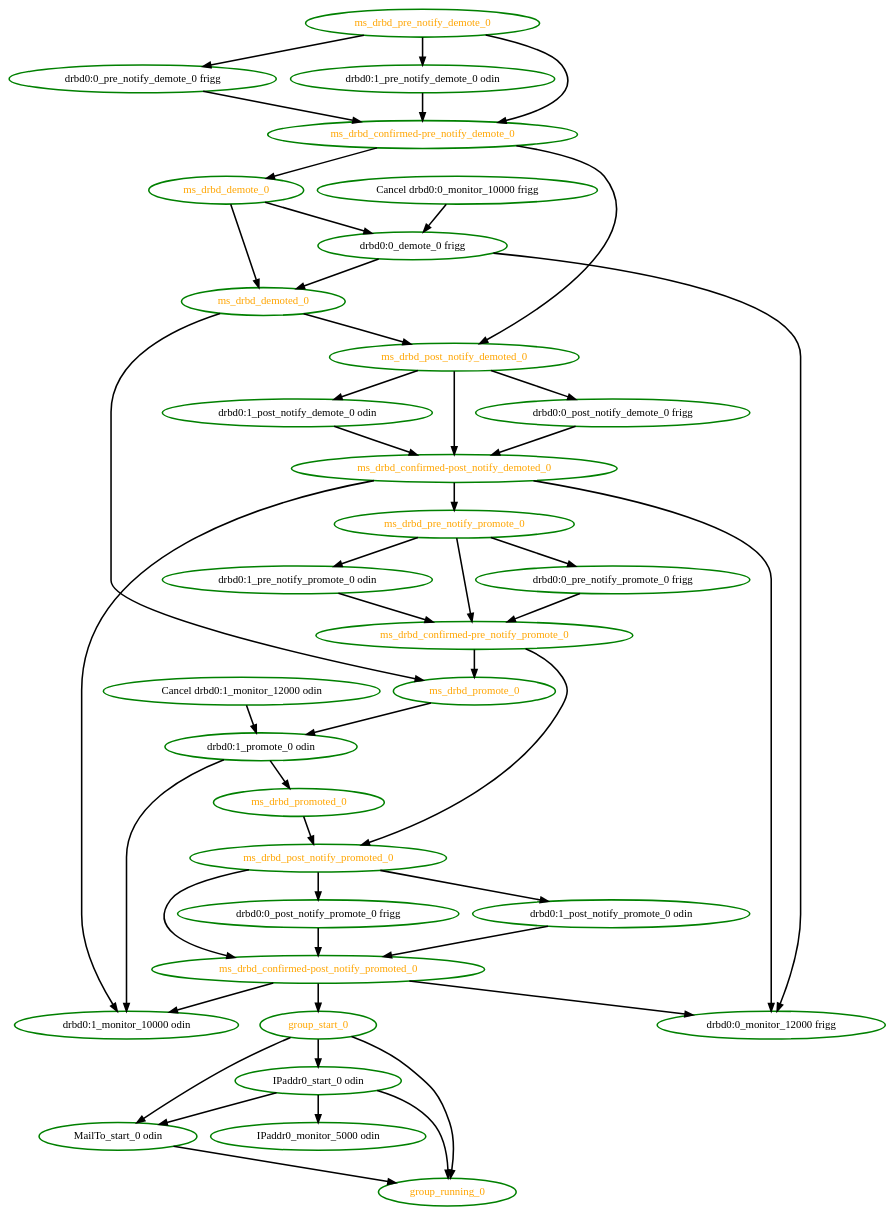
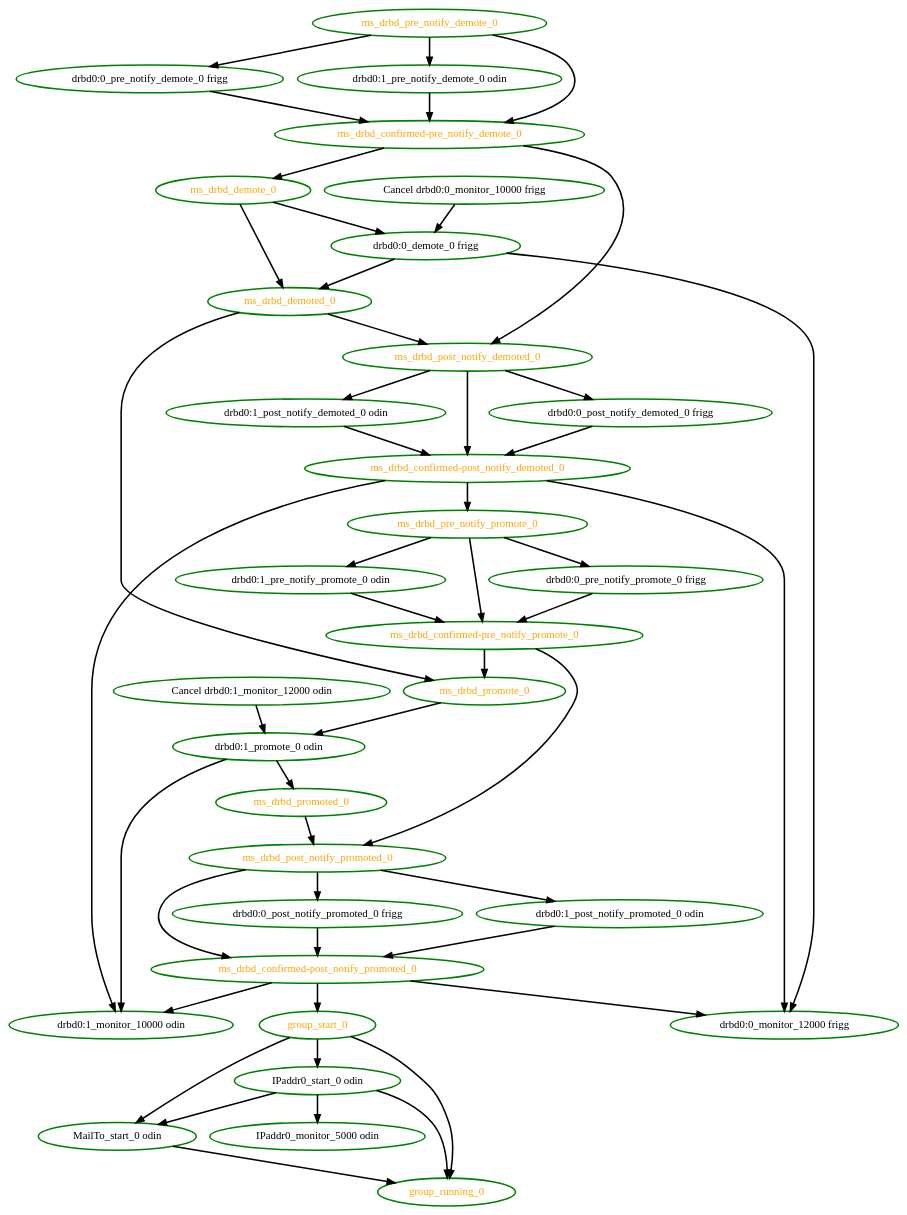
Before and after one commit to ClusterLabs/pacemaker: the diagram in pengine/test10/master-13.dot, drawn with Graphviz. The commit also changed 311 other files, not shown here.

```diff
--- a/pengine/test10/master-13.dot
+++ b/pengine/test10/master-13.dot
@@ -1,82 +1,82 @@
 digraph "g" {
 "Cancel drbd0:0_monitor_10000 frigg" -> "drbd0:0_demote_0 frigg" [ style = bold]
 "Cancel drbd0:0_monitor_10000 frigg" [ style=bold color="green" fontcolor="black" ]
 "Cancel drbd0:1_monitor_12000 odin" -> "drbd0:1_promote_0 odin" [ style = bold]
 "Cancel drbd0:1_monitor_12000 odin" [ style=bold color="green" fontcolor="black" ]
 "IPaddr0_monitor_5000 odin" [ style=bold color="green" fontcolor="black" ]
 "IPaddr0_start_0 odin" -> "IPaddr0_monitor_5000 odin" [ style = bold]
 "IPaddr0_start_0 odin" -> "MailTo_start_0 odin" [ style = bold]
 "IPaddr0_start_0 odin" -> "group_running_0" [ style = bold]
 "IPaddr0_start_0 odin" [ style=bold color="green" fontcolor="black" ]
 "MailTo_start_0 odin" -> "group_running_0" [ style = bold]
 "MailTo_start_0 odin" [ style=bold color="green" fontcolor="black" ]
 "drbd0:0_demote_0 frigg" -> "drbd0:0_monitor_12000 frigg" [ style = bold]
 "drbd0:0_demote_0 frigg" -> "ms_drbd_demoted_0" [ style = bold]
 "drbd0:0_demote_0 frigg" [ style=bold color="green" fontcolor="black" ]
 "drbd0:0_monitor_12000 frigg" [ style=bold color="green" fontcolor="black" ]
-"drbd0:0_post_notify_demote_0 frigg" -> "ms_drbd_confirmed-post_notify_demoted_0" [ style = bold]
-"drbd0:0_post_notify_demote_0 frigg" [ style=bold color="green" fontcolor="black" ]
-"drbd0:0_post_notify_promote_0 frigg" -> "ms_drbd_confirmed-post_notify_promoted_0" [ style = bold]
-"drbd0:0_post_notify_promote_0 frigg" [ style=bold color="green" fontcolor="black" ]
+"drbd0:0_post_notify_demoted_0 frigg" -> "ms_drbd_confirmed-post_notify_demoted_0" [ style = bold]
+"drbd0:0_post_notify_demoted_0 frigg" [ style=bold color="green" fontcolor="black"]
+"drbd0:0_post_notify_promoted_0 frigg" -> "ms_drbd_confirmed-post_notify_promoted_0" [ style = bold]
+"drbd0:0_post_notify_promoted_0 frigg" [ style=bold color="green" fontcolor="black"]
 "drbd0:0_pre_notify_demote_0 frigg" -> "ms_drbd_confirmed-pre_notify_demote_0" [ style = bold]
 "drbd0:0_pre_notify_demote_0 frigg" [ style=bold color="green" fontcolor="black" ]
 "drbd0:0_pre_notify_promote_0 frigg" -> "ms_drbd_confirmed-pre_notify_promote_0" [ style = bold]
 "drbd0:0_pre_notify_promote_0 frigg" [ style=bold color="green" fontcolor="black" ]
 "drbd0:1_monitor_10000 odin" [ style=bold color="green" fontcolor="black" ]
-"drbd0:1_post_notify_demote_0 odin" -> "ms_drbd_confirmed-post_notify_demoted_0" [ style = bold]
-"drbd0:1_post_notify_demote_0 odin" [ style=bold color="green" fontcolor="black" ]
-"drbd0:1_post_notify_promote_0 odin" -> "ms_drbd_confirmed-post_notify_promoted_0" [ style = bold]
-"drbd0:1_post_notify_promote_0 odin" [ style=bold color="green" fontcolor="black" ]
+"drbd0:1_post_notify_demoted_0 odin" -> "ms_drbd_confirmed-post_notify_demoted_0" [ style = bold]
+"drbd0:1_post_notify_demoted_0 odin" [ style=bold color="green" fontcolor="black"]
+"drbd0:1_post_notify_promoted_0 odin" -> "ms_drbd_confirmed-post_notify_promoted_0" [ style = bold]
+"drbd0:1_post_notify_promoted_0 odin" [ style=bold color="green" fontcolor="black"]
 "drbd0:1_pre_notify_demote_0 odin" -> "ms_drbd_confirmed-pre_notify_demote_0" [ style = bold]
 "drbd0:1_pre_notify_demote_0 odin" [ style=bold color="green" fontcolor="black" ]
 "drbd0:1_pre_notify_promote_0 odin" -> "ms_drbd_confirmed-pre_notify_promote_0" [ style = bold]
 "drbd0:1_pre_notify_promote_0 odin" [ style=bold color="green" fontcolor="black" ]
 "drbd0:1_promote_0 odin" -> "drbd0:1_monitor_10000 odin" [ style = bold]
 "drbd0:1_promote_0 odin" -> "ms_drbd_promoted_0" [ style = bold]
 "drbd0:1_promote_0 odin" [ style=bold color="green" fontcolor="black" ]
 "group_running_0" [ style=bold color="green" fontcolor="orange" ]
 "group_start_0" -> "IPaddr0_start_0 odin" [ style = bold]
 "group_start_0" -> "MailTo_start_0 odin" [ style = bold]
 "group_start_0" -> "group_running_0" [ style = bold]
 "group_start_0" [ style=bold color="green" fontcolor="orange" ]
 "ms_drbd_confirmed-post_notify_demoted_0" -> "drbd0:0_monitor_12000 frigg" [ style = bold]
 "ms_drbd_confirmed-post_notify_demoted_0" -> "drbd0:1_monitor_10000 odin" [ style = bold]
 "ms_drbd_confirmed-post_notify_demoted_0" -> "ms_drbd_pre_notify_promote_0" [ style = bold]
 "ms_drbd_confirmed-post_notify_demoted_0" [ style=bold color="green" fontcolor="orange" ]
 "ms_drbd_confirmed-post_notify_promoted_0" -> "drbd0:0_monitor_12000 frigg" [ style = bold]
 "ms_drbd_confirmed-post_notify_promoted_0" -> "drbd0:1_monitor_10000 odin" [ style = bold]
 "ms_drbd_confirmed-post_notify_promoted_0" -> "group_start_0" [ style = bold]
 "ms_drbd_confirmed-post_notify_promoted_0" [ style=bold color="green" fontcolor="orange" ]
 "ms_drbd_confirmed-pre_notify_demote_0" -> "ms_drbd_demote_0" [ style = bold]
 "ms_drbd_confirmed-pre_notify_demote_0" -> "ms_drbd_post_notify_demoted_0" [ style = bold]
 "ms_drbd_confirmed-pre_notify_demote_0" [ style=bold color="green" fontcolor="orange" ]
 "ms_drbd_confirmed-pre_notify_promote_0" -> "ms_drbd_post_notify_promoted_0" [ style = bold]
 "ms_drbd_confirmed-pre_notify_promote_0" -> "ms_drbd_promote_0" [ style = bold]
 "ms_drbd_confirmed-pre_notify_promote_0" [ style=bold color="green" fontcolor="orange" ]
 "ms_drbd_demote_0" -> "drbd0:0_demote_0 frigg" [ style = bold]
 "ms_drbd_demote_0" -> "ms_drbd_demoted_0" [ style = bold]
 "ms_drbd_demote_0" [ style=bold color="green" fontcolor="orange" ]
 "ms_drbd_demoted_0" -> "ms_drbd_post_notify_demoted_0" [ style = bold]
 "ms_drbd_demoted_0" -> "ms_drbd_promote_0" [ style = bold]
 "ms_drbd_demoted_0" [ style=bold color="green" fontcolor="orange" ]
-"ms_drbd_post_notify_demoted_0" -> "drbd0:0_post_notify_demote_0 frigg" [ style = bold]
-"ms_drbd_post_notify_demoted_0" -> "drbd0:1_post_notify_demote_0 odin" [ style = bold]
+"ms_drbd_post_notify_demoted_0" -> "drbd0:0_post_notify_demoted_0 frigg" [ style = bold]
+"ms_drbd_post_notify_demoted_0" -> "drbd0:1_post_notify_demoted_0 odin" [ style = bold]
 "ms_drbd_post_notify_demoted_0" -> "ms_drbd_confirmed-post_notify_demoted_0" [ style = bold]
 "ms_drbd_post_notify_demoted_0" [ style=bold color="green" fontcolor="orange" ]
-"ms_drbd_post_notify_promoted_0" -> "drbd0:0_post_notify_promote_0 frigg" [ style = bold]
-"ms_drbd_post_notify_promoted_0" -> "drbd0:1_post_notify_promote_0 odin" [ style = bold]
+"ms_drbd_post_notify_promoted_0" -> "drbd0:0_post_notify_promoted_0 frigg" [ style = bold]
+"ms_drbd_post_notify_promoted_0" -> "drbd0:1_post_notify_promoted_0 odin" [ style = bold]
 "ms_drbd_post_notify_promoted_0" -> "ms_drbd_confirmed-post_notify_promoted_0" [ style = bold]
 "ms_drbd_post_notify_promoted_0" [ style=bold color="green" fontcolor="orange" ]
 "ms_drbd_pre_notify_demote_0" -> "drbd0:0_pre_notify_demote_0 frigg" [ style = bold]
 "ms_drbd_pre_notify_demote_0" -> "drbd0:1_pre_notify_demote_0 odin" [ style = bold]
 "ms_drbd_pre_notify_demote_0" -> "ms_drbd_confirmed-pre_notify_demote_0" [ style = bold]
 "ms_drbd_pre_notify_demote_0" [ style=bold color="green" fontcolor="orange" ]
 "ms_drbd_pre_notify_promote_0" -> "drbd0:0_pre_notify_promote_0 frigg" [ style = bold]
 "ms_drbd_pre_notify_promote_0" -> "drbd0:1_pre_notify_promote_0 odin" [ style = bold]
 "ms_drbd_pre_notify_promote_0" -> "ms_drbd_confirmed-pre_notify_promote_0" [ style = bold]
 "ms_drbd_pre_notify_promote_0" [ style=bold color="green" fontcolor="orange" ]
 "ms_drbd_promote_0" -> "drbd0:1_promote_0 odin" [ style = bold]
 "ms_drbd_promote_0" [ style=bold color="green" fontcolor="orange" ]
 "ms_drbd_promoted_0" -> "ms_drbd_post_notify_promoted_0" [ style = bold]
 "ms_drbd_promoted_0" [ style=bold color="green" fontcolor="orange" ]
 }
```
